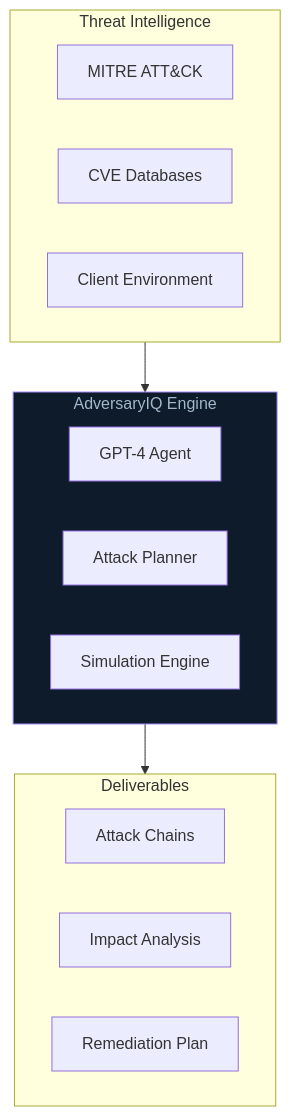
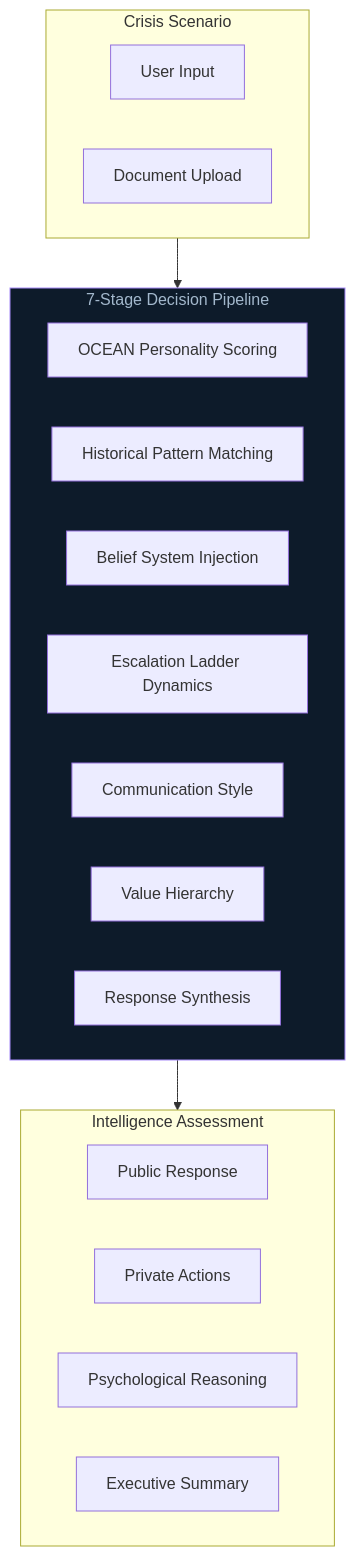
The diagram in README.md (ges257/adversary-iq), drawn with Mermaid before and after one commit. The commit also changed other lines of this file and 31 other files, not shown here.

````diff
--- a/README.md
+++ b/README.md
@@ -63,24 +80,28 @@
 ```mermaid
 graph TD
-    subgraph Input["Threat Intelligence"]
-        A1[MITRE ATT&CK]
-        A2[CVE Databases]
-        A3[Client Environment]
+    subgraph Input["Crisis Scenario"]
+        A1[User Input]
+        A2[Document Upload]
     end
 
-    subgraph Core["AdversaryIQ Engine"]
-        B1[GPT-4 Agent]
-        B2[Attack Planner]
-        B3[Simulation Engine]
+    subgraph Pipeline["7-Stage Decision Pipeline"]
+        B1[OCEAN Personality Scoring]
+        B2[Historical Pattern Matching]
+        B3[Belief System Injection]
+        B4[Escalation Ladder Dynamics]
+        B5[Communication Style]
+        B6[Value Hierarchy]
+        B7[Response Synthesis]
     end
 
-    subgraph Output["Deliverables"]
-        C1[Attack Chains]
-        C2[Impact Analysis]
-        C3[Remediation Plan]
+    subgraph Output["Intelligence Assessment"]
+        C1[Public Response]
+        C2[Private Actions]
+        C3[Psychological Reasoning]
+        C4[Executive Summary]
     end
 
-    Input --> Core --> Output
+    Input --> Pipeline --> Output
 
-    style Core fill:#0D1B2A,stroke:#A78BFA,color:#A3B8CC
+    style Pipeline fill:#0D1B2A,stroke:#A78BFA,color:#A3B8CC
 ```
````
